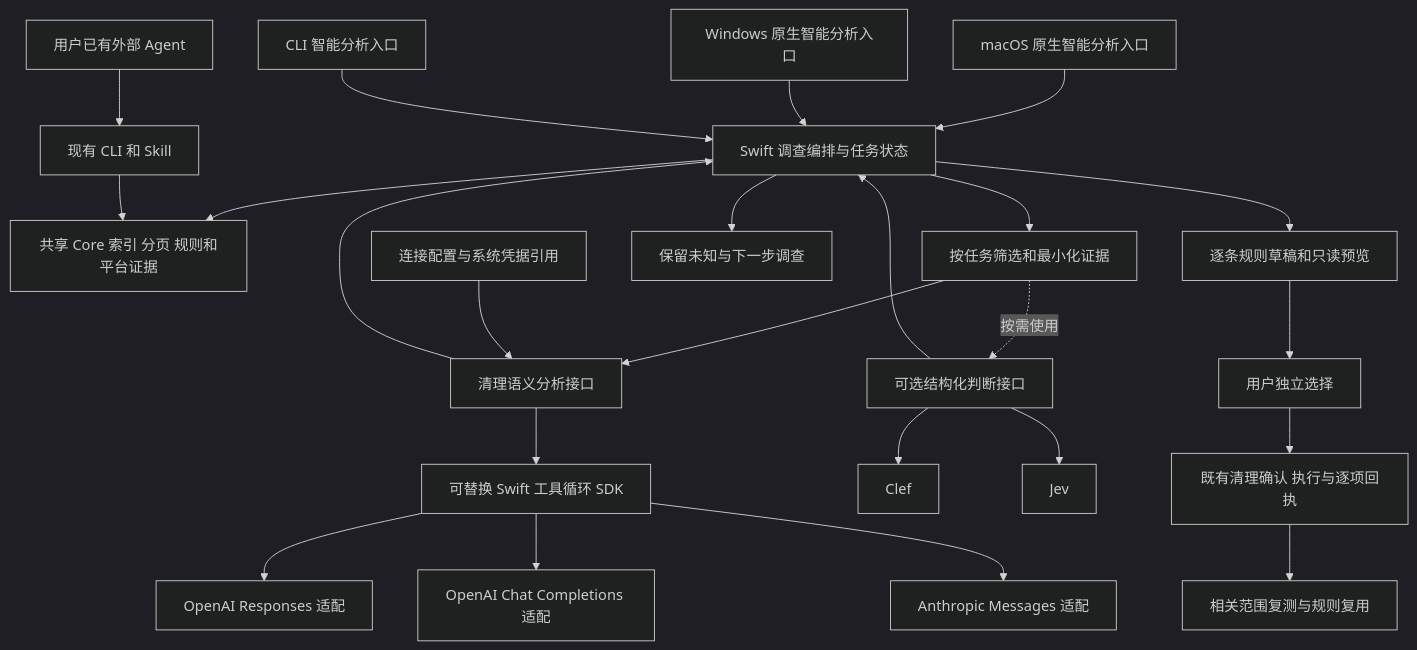
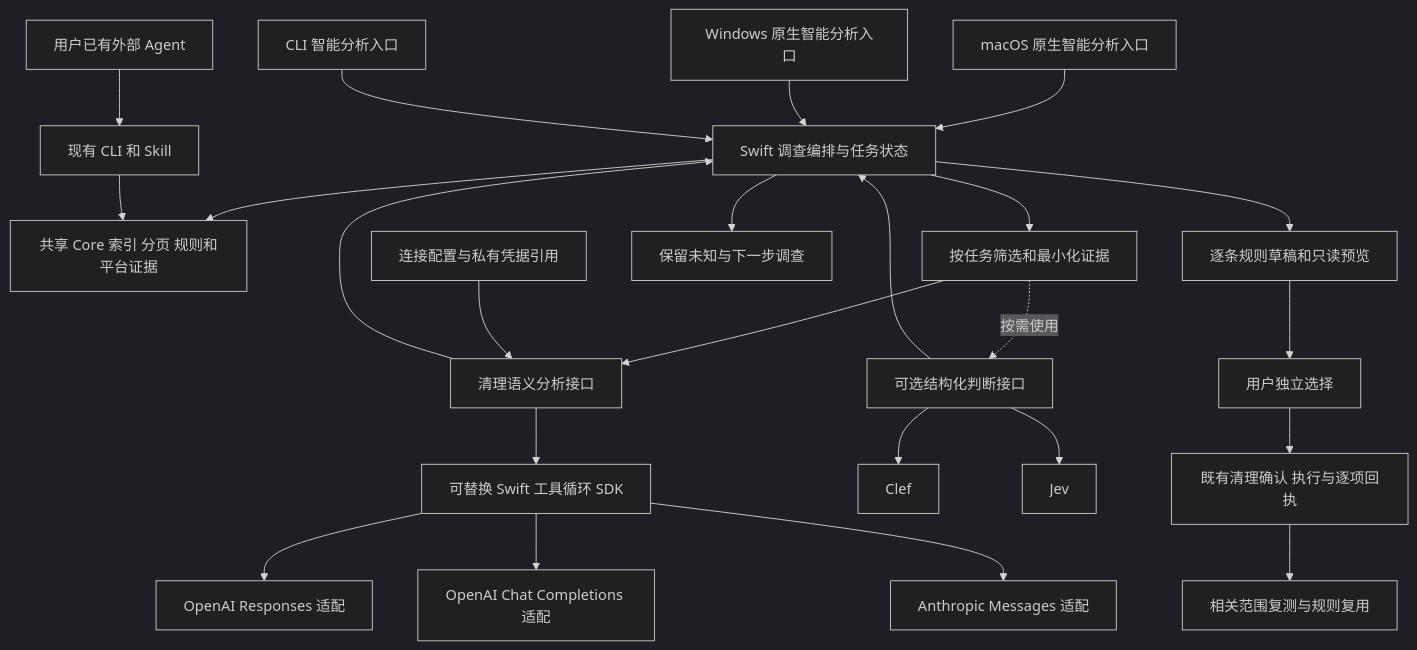
The first of 2 diagrams in docs/zh-CN/engineering/embedded-ai-investigation.md (limecloud/shou), drawn with Mermaid (dark theme) before and after one commit. The commit also changed other lines of this file and 112 other files, not shown here.

````diff
--- a/docs/zh-CN/engineering/embedded-ai-investigation.md
+++ b/docs/zh-CN/engineering/embedded-ai-investigation.md
@@ -136,26 +136,26 @@
 ```mermaid
 flowchart TB
     Mac[macOS 原生智能分析入口] --> Host[Swift 调查编排与任务状态]
     Win[Windows 原生智能分析入口] --> Host
     Terminal[CLI 智能分析入口] --> Host
     Host --> Evidence[共享 Core 索引 分页 规则和平台证据]
     Host --> Minimize[按任务筛选和最小化证据]
     Minimize --> Model[清理语义分析接口]
     Model --> Runtime[可替换 Swift 工具循环 SDK]
     Runtime --> Responses[OpenAI Responses 适配]
     Runtime --> Chat[OpenAI Chat Completions 适配]
     Runtime --> Anthropic[Anthropic Messages 适配]
-    Profiles[连接配置与系统凭据引用] --> Model
+    Profiles[连接配置与私有凭据引用] --> Model
     Model --> Host
     Minimize -.按需使用.-> Decision[可选结构化判断接口]
     Decision --> Clef[Clef]
     Decision --> Jev[Jev]
     Decision --> Host
     Host --> Unknown[保留未知与下一步调查]
     Host --> Draft[逐条规则草稿和只读预览]
     Draft --> User[用户独立选择]
     User --> Execute[既有清理确认 执行与逐项回执]
     Execute --> Verify[相关范围复测与规则复用]
     External[用户已有外部 Agent] --> CLI[现有 CLI 和 Skill]
     CLI --> Evidence
 ```
````
